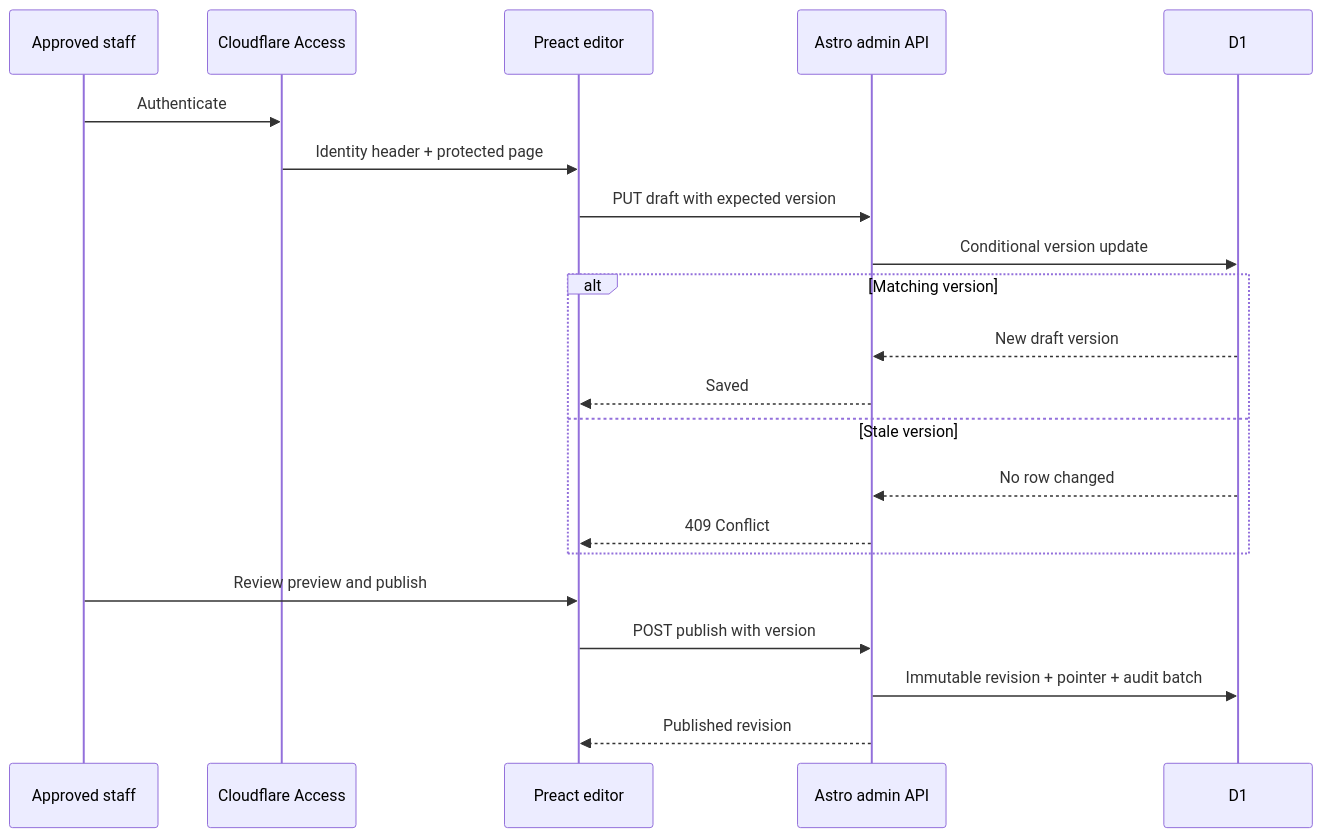
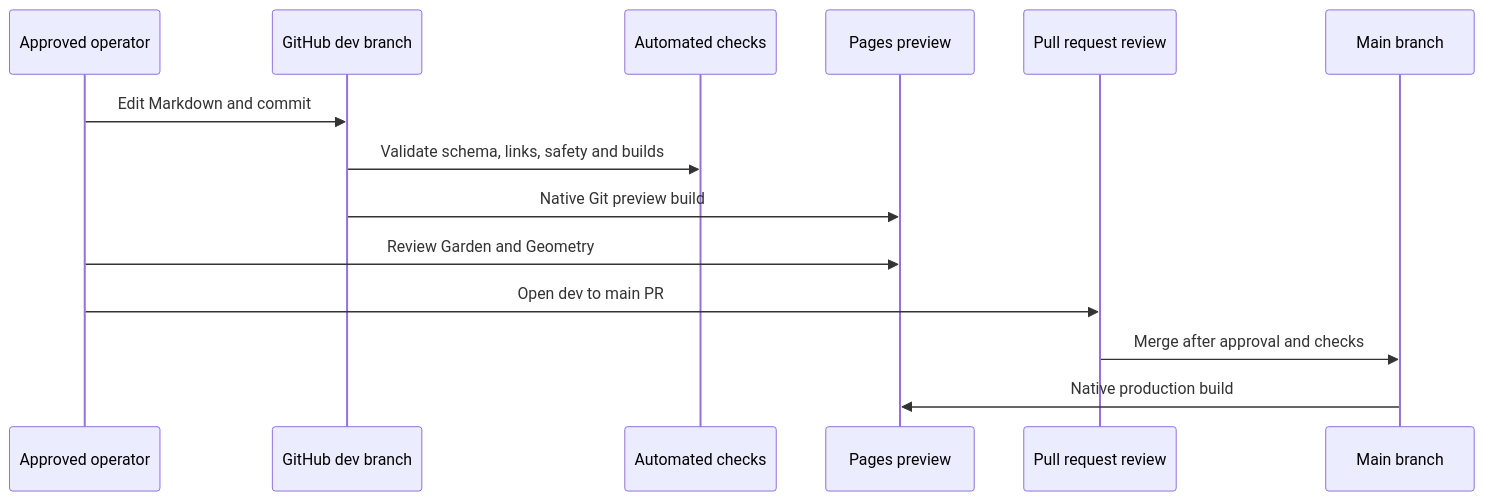
Before and after one commit to firststepmontessori/firststepmontessori: the first of 2 diagrams in docs/13-admin-content-workflow.md, drawn with Mermaid. The commit also changed other lines of this file and 32 other files, not shown here.

Commit message:
docs(phase-4): document and validate static Pages architecture

````diff
--- a/docs/13-admin-content-workflow.md
+++ b/docs/13-admin-content-workflow.md
@@ -10,23 +12,16 @@
 ```mermaid
 sequenceDiagram
-    participant S as Approved staff
-    participant A as Cloudflare Access
-    participant UI as Preact editor
-    participant API as Astro admin API
-    participant D as D1
-    S->>A: Authenticate
-    A->>UI: Identity header + protected page
-    UI->>API: PUT draft with expected version
-    API->>D: Conditional version update
-    alt Matching version
-        D-->>API: New draft version
-        API-->>UI: Saved
-    else Stale version
-        D-->>API: No row changed
-        API-->>UI: 409 Conflict
-    end
-    S->>UI: Review preview and publish
-    UI->>API: POST publish with version
-    API->>D: Immutable revision + pointer + audit batch
-    API-->>UI: Published revision
+    participant O as Approved operator
+    participant D as GitHub dev branch
+    participant C as Automated checks
+    participant P as Pages preview
+    participant R as Pull request review
+    participant M as Main branch
+    O->>D: Edit Markdown and commit
+    D->>C: Validate schema, links, safety and builds
+    D->>P: Native Git preview build
+    O->>P: Review Garden and Geometry
+    O->>R: Open dev to main PR
+    R->>M: Merge after approval and checks
+    M->>P: Native production build
 ```
````
